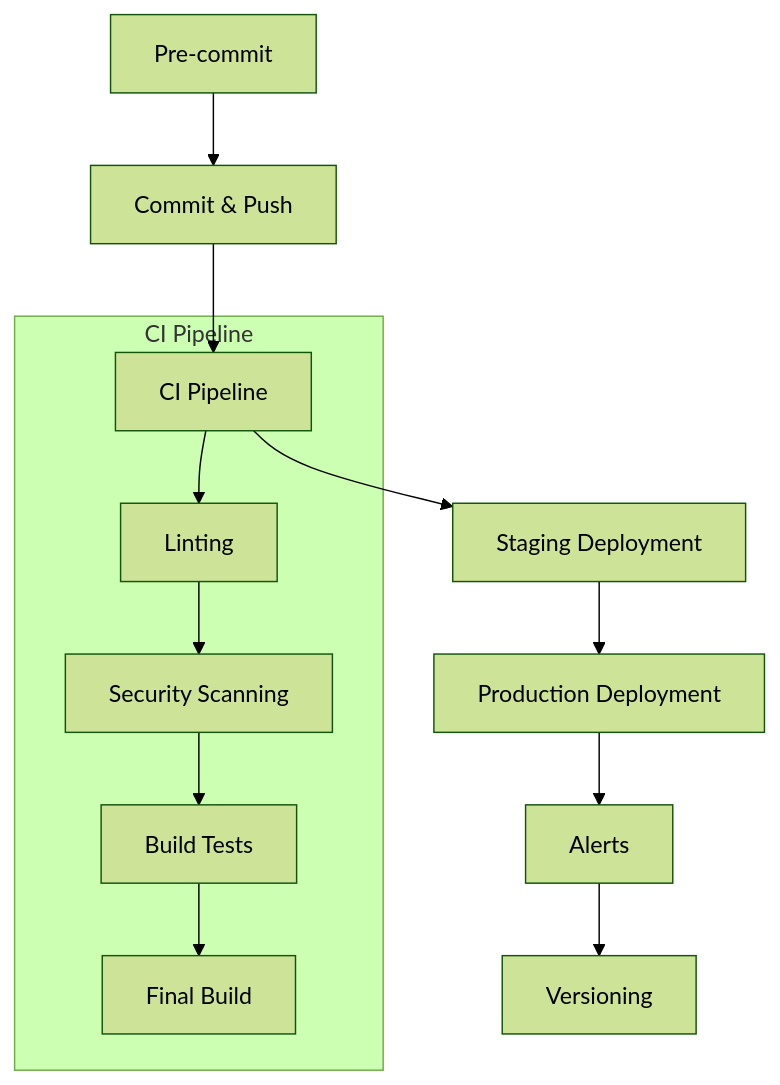
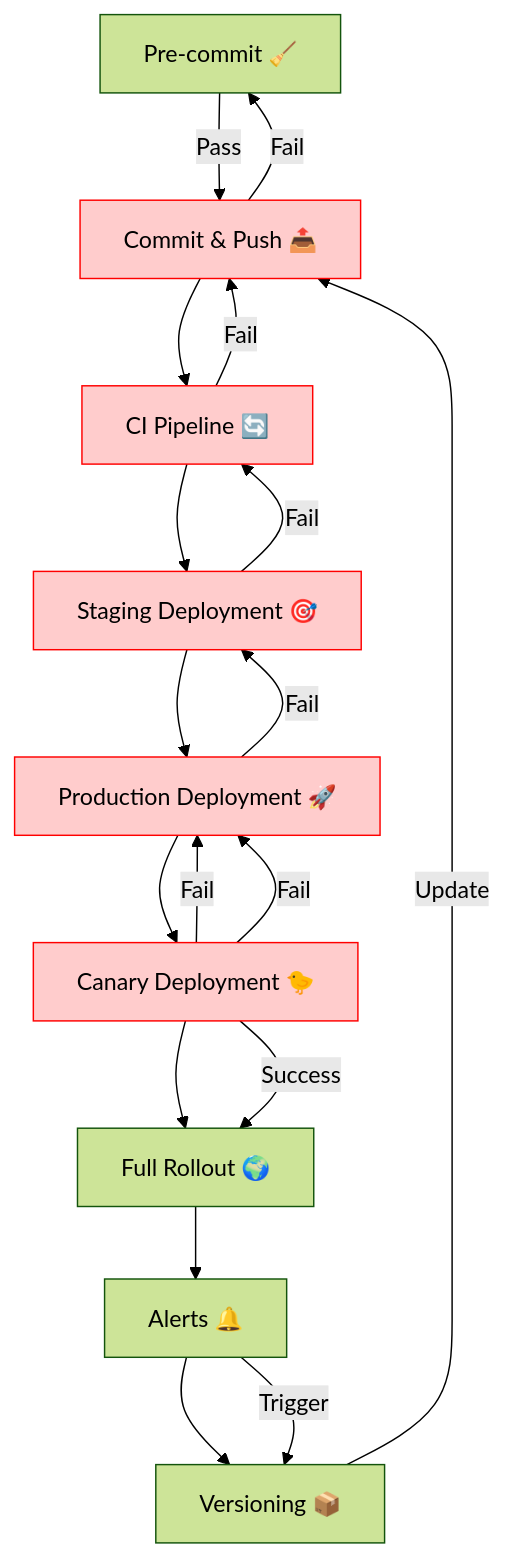
Before and after one commit to Sinless777/Helix: the first of 2 diagrams in docs/About-The-Project/Project_Overview.md, drawn with Mermaid (forest theme). The commit also changed other lines of this file, not shown here.

Commit message:
docs: enhance DevSecOps and observability diagrams with detailed failure paths and icons

````diff
--- a/docs/About-The-Project/Project_Overview.md
+++ b/docs/About-The-Project/Project_Overview.md
@@ -37,17 +37,31 @@
 ```mermaid
 graph TD
-    A[Pre-commit] --> B[Commit & Push]
-    B --> C[CI Pipeline]
-    C --> D[Staging Deployment]
-    D --> E[Production Deployment]
-    E --> F[Alerts]
-    F --> G[Versioning]
+    %% DevSecOps Pipeline with Failure Paths and Canary Deployments
+    A[Pre-commit 🧹] -->|Pass| B[Commit & Push 📤]
+    B --> C[CI Pipeline 🔄]
+    C --> D[Staging Deployment 🎯]
+    D --> E[Production Deployment 🚀]
+    E --> F[Canary Deployment 🐤]
+    F --> G[Full Rollout 🌍]
+    G --> H[Alerts 🔔]
+    H --> I[Versioning 📦]
 
-    subgraph "CI Pipeline"
-      C1[Linting]
-      C2[Security Scanning]
-      C3[Build Tests]
-      C4[Final Build]
-      C --> C1 --> C2 --> C3 --> C4
-    end
+    %% Failure Paths
+    B -->|Fail| A
+    C -->|Fail| B
+    D -->|Fail| C
+    E -->|Fail| D
+    F -->|Fail| E
+
+    %% Canary Deployment Logic
+    F -->|Success| G
+    F -->|Fail| E
+
+    %% Alerts and Versioning
+    H -->|Trigger| I
+    I -->|Update| B
+
+    classDef failure fill:#ffcccc,stroke:#ff0000;
+    class B,C,D,E,F failure;
+
 ```
````
